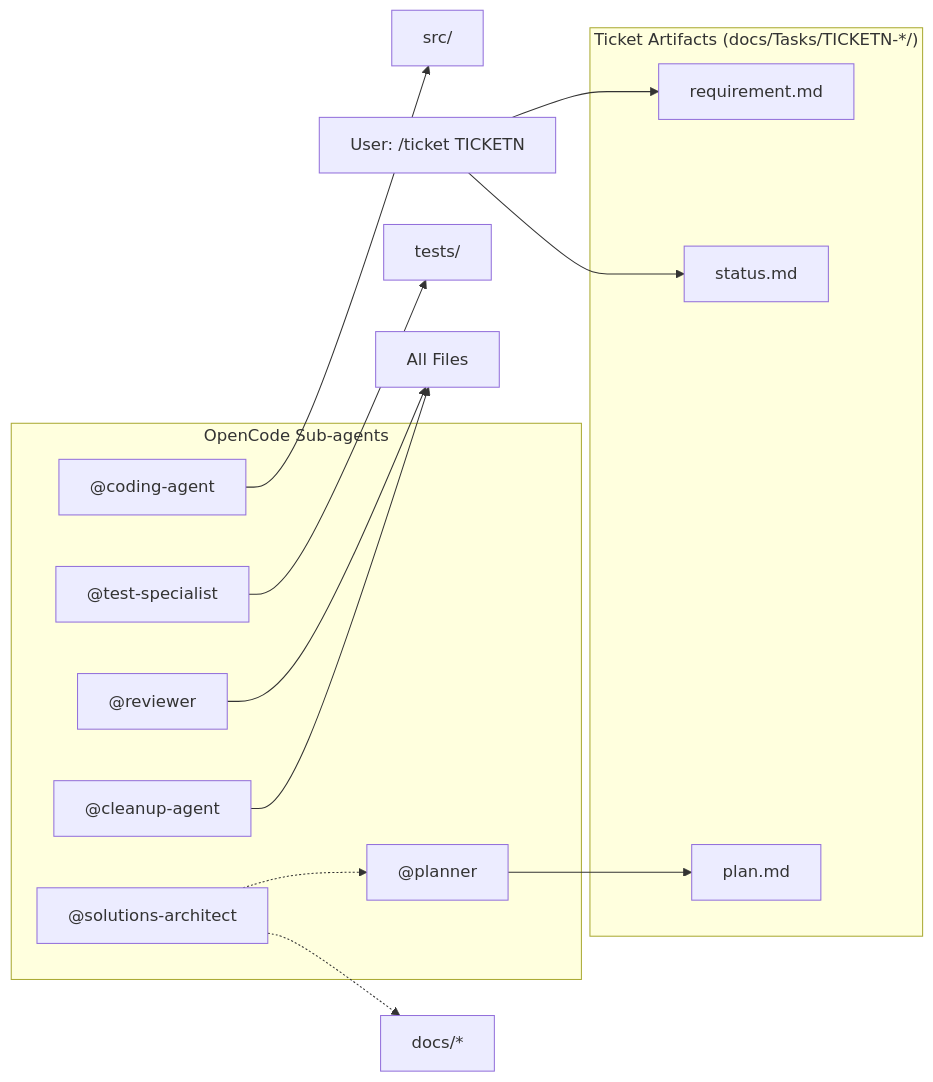
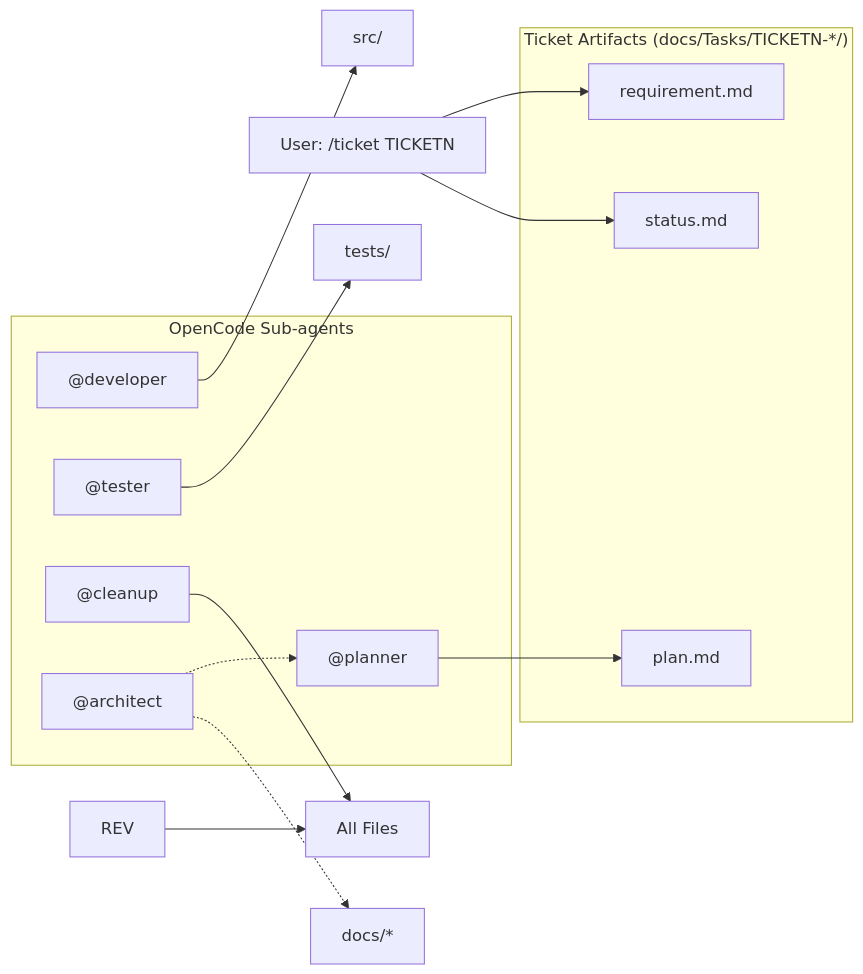
The diagram in .opencode/skills/setup/templates/docs/architecture.md (FridgeWheeL/OpenCode), drawn with Mermaid before and after one commit. The commit also changed other lines of this file and 18 other files, not shown here.

````diff
--- a/.opencode/skills/setup/templates/docs/architecture.md
+++ b/.opencode/skills/setup/templates/docs/architecture.md
@@ -20,29 +20,28 @@
 ```mermaid
 graph LR
     USR["User: /ticket TICKETN"]
 
     subgraph Artifacts["Ticket Artifacts (docs/Tasks/TICKETN-*/)"]
         REQ["requirement.md"]
         STA["status.md"]
         PLAN["plan.md"]
     end
 
     subgraph Agents["OpenCode Sub-agents"]
         PLA["@planner"]
-        COD["@coding-agent"]
-        TST["@test-specialist"]
-        REV["@reviewer"]
-        CLN["@cleanup-agent"]
-        ARC["@solutions-architect"]
+        DEV["@developer"]
+        TST["@tester"]
+        CLN["@cleanup"]
+        ARC["@architect"]
     end
 
     USR --> REQ
     USR --> STA
     PLA --> PLAN
-    COD --> SRC["src/"]
+    DEV --> SRC["src/"]
     TST --> TESTS["tests/"]
     REV --> ALL["All Files"]
     CLN --> ALL
     ARC -.-> PLA
     ARC -.-> ARCH["docs/*"]
 ```
````
